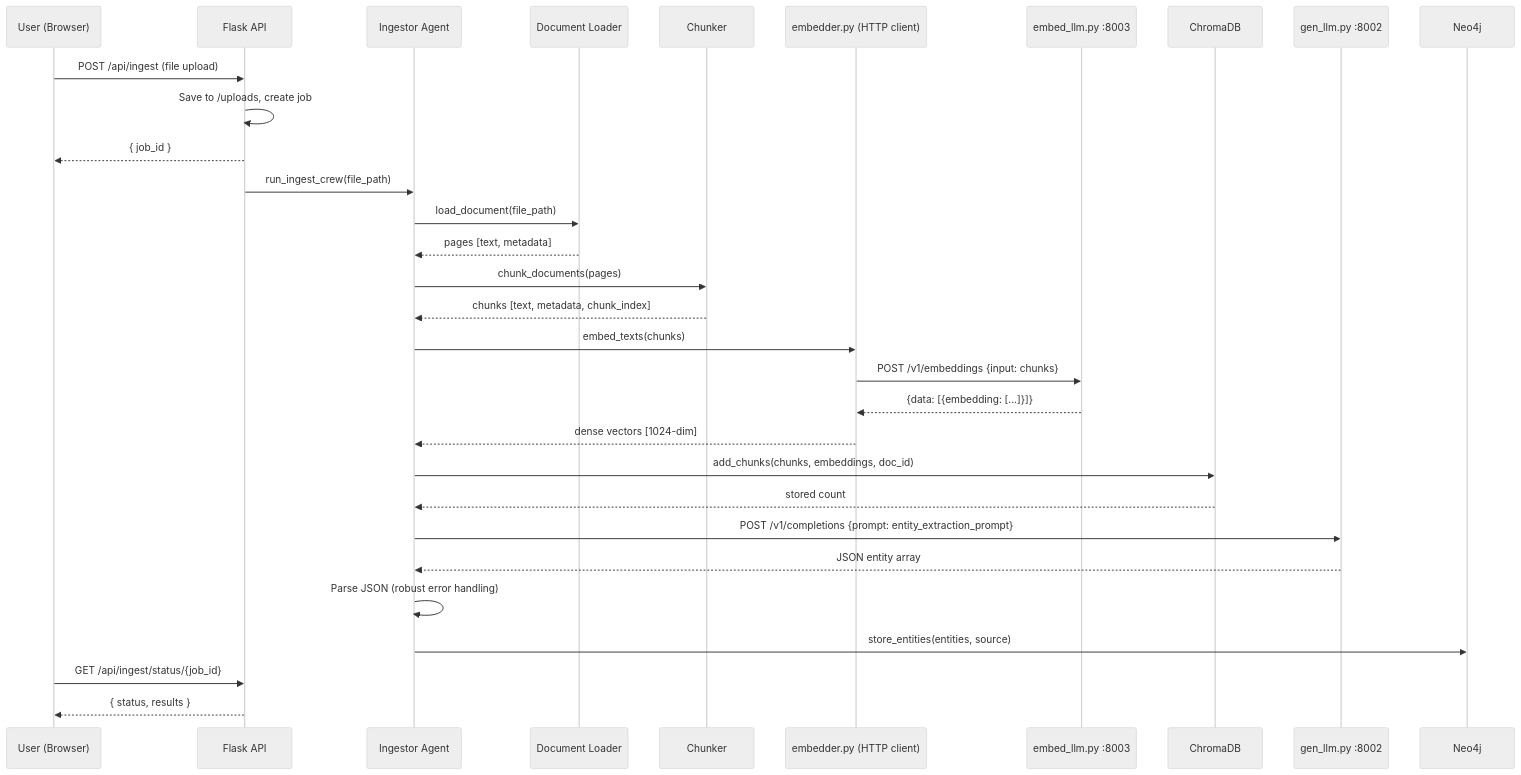
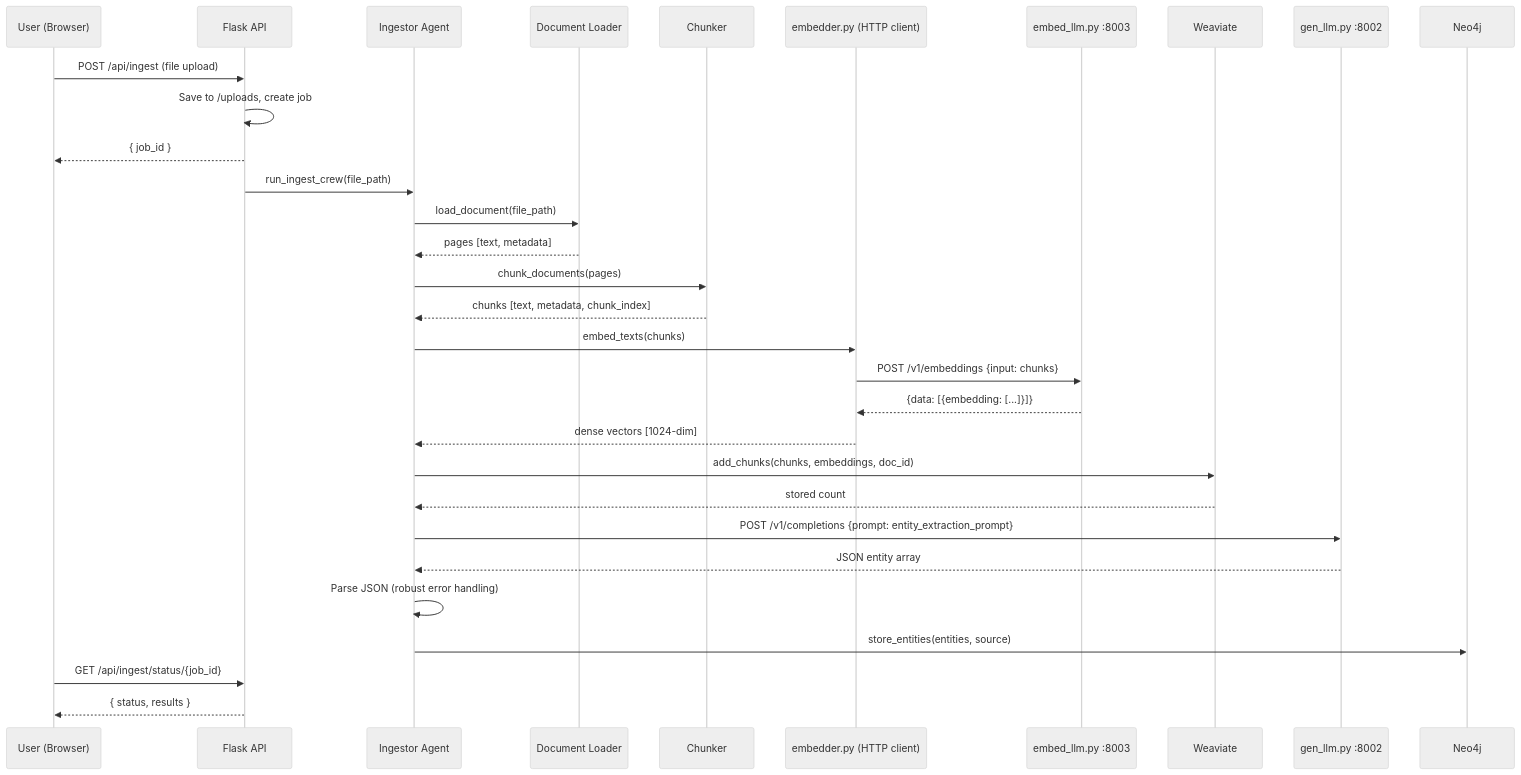
Before and after one commit to Sam-max1/healthexpert: the second of 3 diagrams in HEALTHEXPERT_ARCHITECTURE_DESIGN.md, drawn with Mermaid (neutral theme). The commit also changed other lines of this file and 15 other files, not shown here.

````diff
--- a/HEALTHEXPERT_ARCHITECTURE_DESIGN.md
+++ b/HEALTHEXPERT_ARCHITECTURE_DESIGN.md
@@ -69,34 +69,34 @@
 ```mermaid
 sequenceDiagram
     participant U as User (Browser)
     participant F as Flask API
     participant IA as Ingestor Agent
     participant DL as Document Loader
     participant CH as Chunker
     participant EM as embedder.py (HTTP client)
     participant ES as embed_llm.py :8003
-    participant VDB as ChromaDB
+    participant VDB as Weaviate
     participant GS as gen_llm.py :8002
     participant GDB as Neo4j
 
     U->>F: POST /api/ingest (file upload)
     F->>F: Save to /uploads, create job
     F-->>U: { job_id }
     F->>IA: run_ingest_crew(file_path)
     IA->>DL: load_document(file_path)
     DL-->>IA: pages [text, metadata]
     IA->>CH: chunk_documents(pages)
     CH-->>IA: chunks [text, metadata, chunk_index]
     IA->>EM: embed_texts(chunks)
     EM->>ES: POST /v1/embeddings {input: chunks}
     ES-->>EM: {data: [{embedding: [...]}]}
     EM-->>IA: dense vectors [1024-dim]
     IA->>VDB: add_chunks(chunks, embeddings, doc_id)
     VDB-->>IA: stored count
     IA->>GS: POST /v1/completions {prompt: entity_extraction_prompt}
     GS-->>IA: JSON entity array
     IA->>IA: Parse JSON (robust error handling)
     IA->>GDB: store_entities(entities, source)
     U->>F: GET /api/ingest/status/{job_id}
     F-->>U: { status, results }
 ```
````
